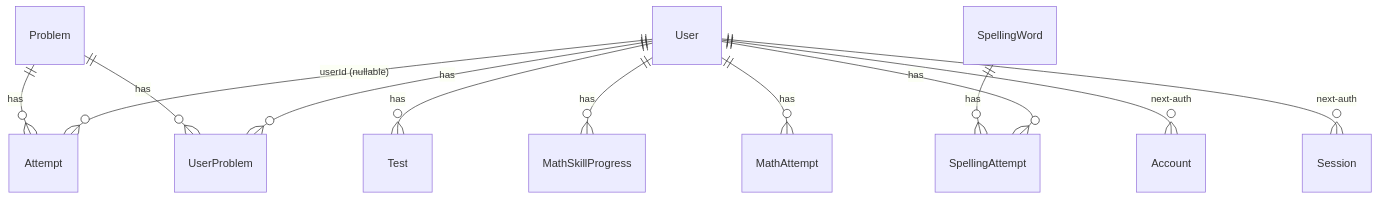
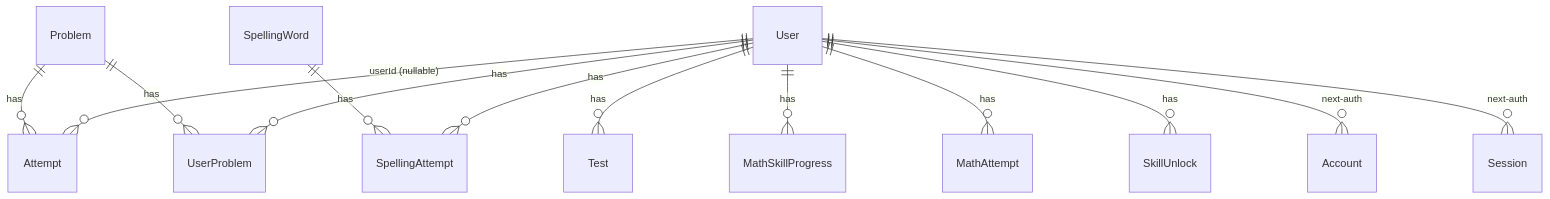
One commit to Messyginger0804/brayee-times-table-next changed the diagram in docs/DATA-MODEL.md. Above: the diagram before and after it, drawn with Mermaid. The commit also changed other lines of this file and 6 other files, not shown here.

````diff
--- a/docs/DATA-MODEL.md
+++ b/docs/DATA-MODEL.md
@@ -7,14 +7,15 @@
 ```mermaid
 erDiagram
   User ||--o{ Attempt : "userId (nullable)"
   User ||--o{ UserProblem : has
   User ||--o{ Test : has
   User ||--o{ SpellingAttempt : has
   User ||--o{ MathSkillProgress : has
   User ||--o{ MathAttempt : has
+  User ||--o{ SkillUnlock : has
   User ||--o{ Account : "next-auth"
   User ||--o{ Session : "next-auth"
   Problem ||--o{ Attempt : has
   Problem ||--o{ UserProblem : has
   SpellingWord ||--o{ SpellingAttempt : has
 ```
````
